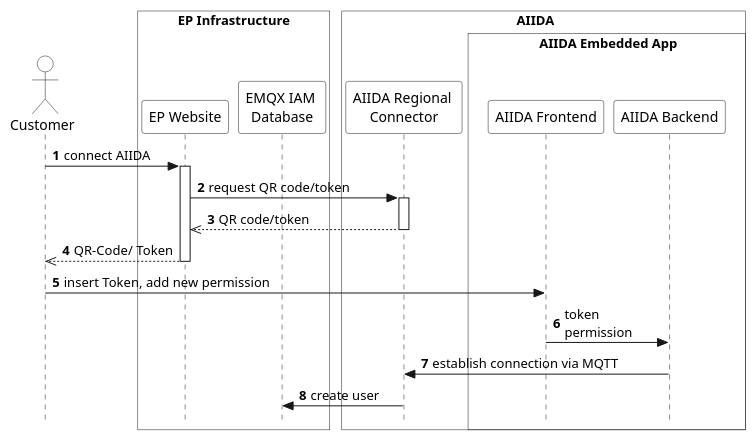
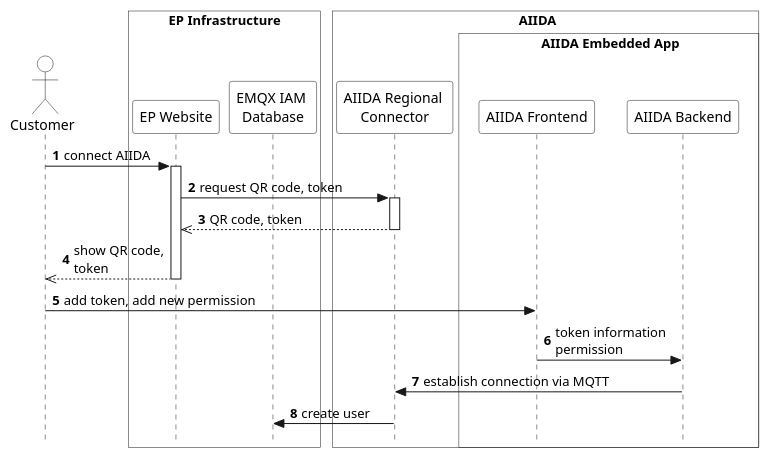
The diagram in arc42/aiida/runtime-view/figures/aiida_new_connection_token.puml (eddie-energy/architecture), drawn with PlantUML before and after one commit. The commit also changed 34 other files, not shown here.

```diff
--- a/arc42/aiida/runtime-view/figures/aiida_new_connection_token.puml
+++ b/arc42/aiida/runtime-view/figures/aiida_new_connection_token.puml
@@ -1,40 +1,40 @@
 @startuml aiida_new_connection_token
 'sequence diagram
 
 skinparam style strictuml
 skinparam sequence {
   ParticipantBackgroundColor transparent
   ActorBackgroundColor transparent
 }
 
 autonumber
 !pragma teoz true
 
 actor "Customer" as user
 box "EP Infrastructure" #transparent
 participant "EP Website" as website
 participant "EMQX IAM \nDatabase" as database
 end box
 box "\tAIIDA\t\t"  #transparent
 participant "AIIDA Regional \nConnector" as connector
 box "\t\tAIIDA Embedded App\t\t"  #transparent
 participant "AIIDA Frontend" as frontend
 participant "AIIDA Backend" as backend
 end box
 end box
 
 user -> website : connect AIIDA
 activate website
-website -> connector : request QR code/token
+website -> connector : request QR code, token
 activate connector
-connector -->> website : QR code/token
+connector -->> website : QR code, token
 deactivate connector
-website -->> user : QR-Code/ Token
+website -->> user : show QR code,\ntoken
 deactivate website
 
-user -> frontend : insert Token, add new permission
-frontend -> backend : token \npermission
+user -> frontend : add token, add new permission
+frontend -> backend : token information\npermission
 backend -> connector : establish connection via MQTT
 connector -> database : create user
 
 @enduml
```
